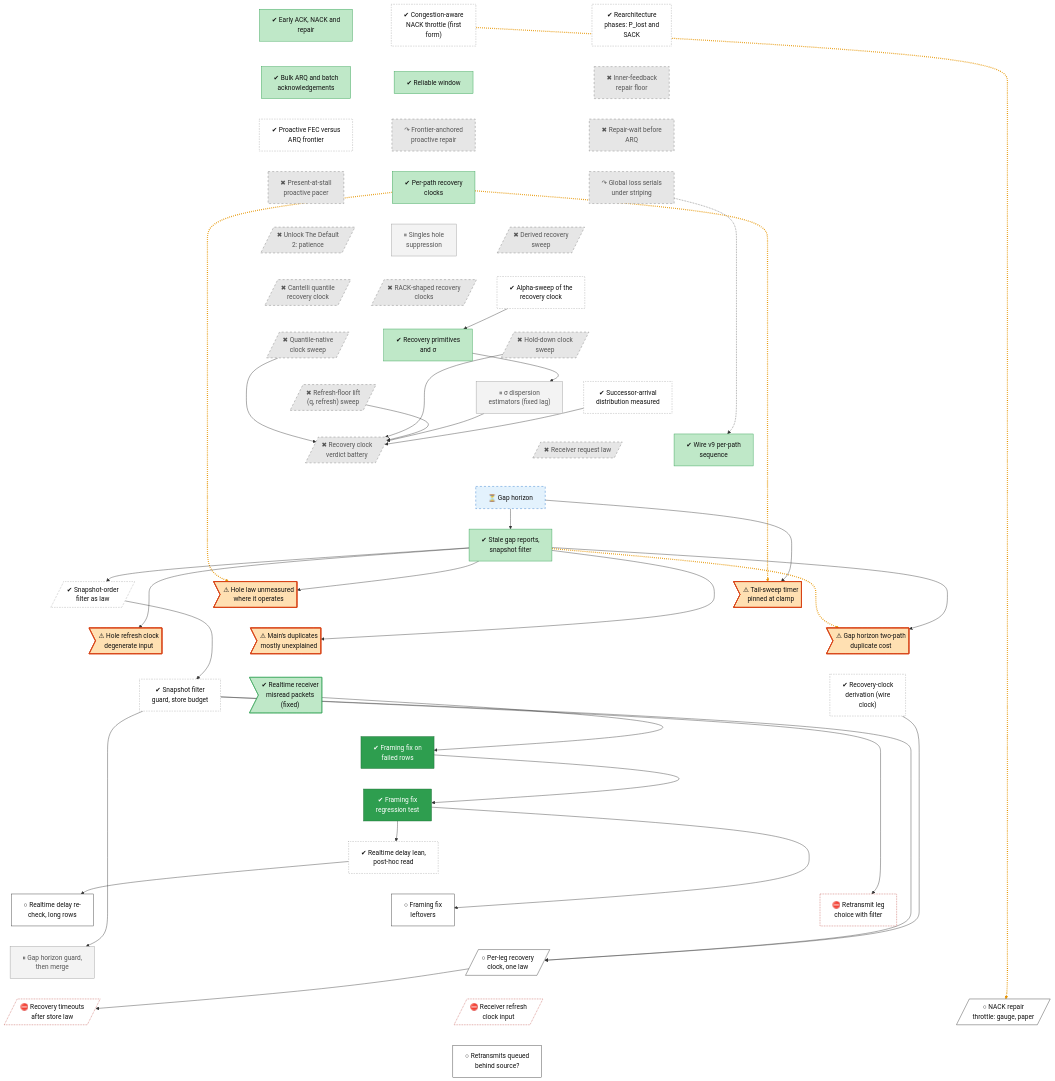
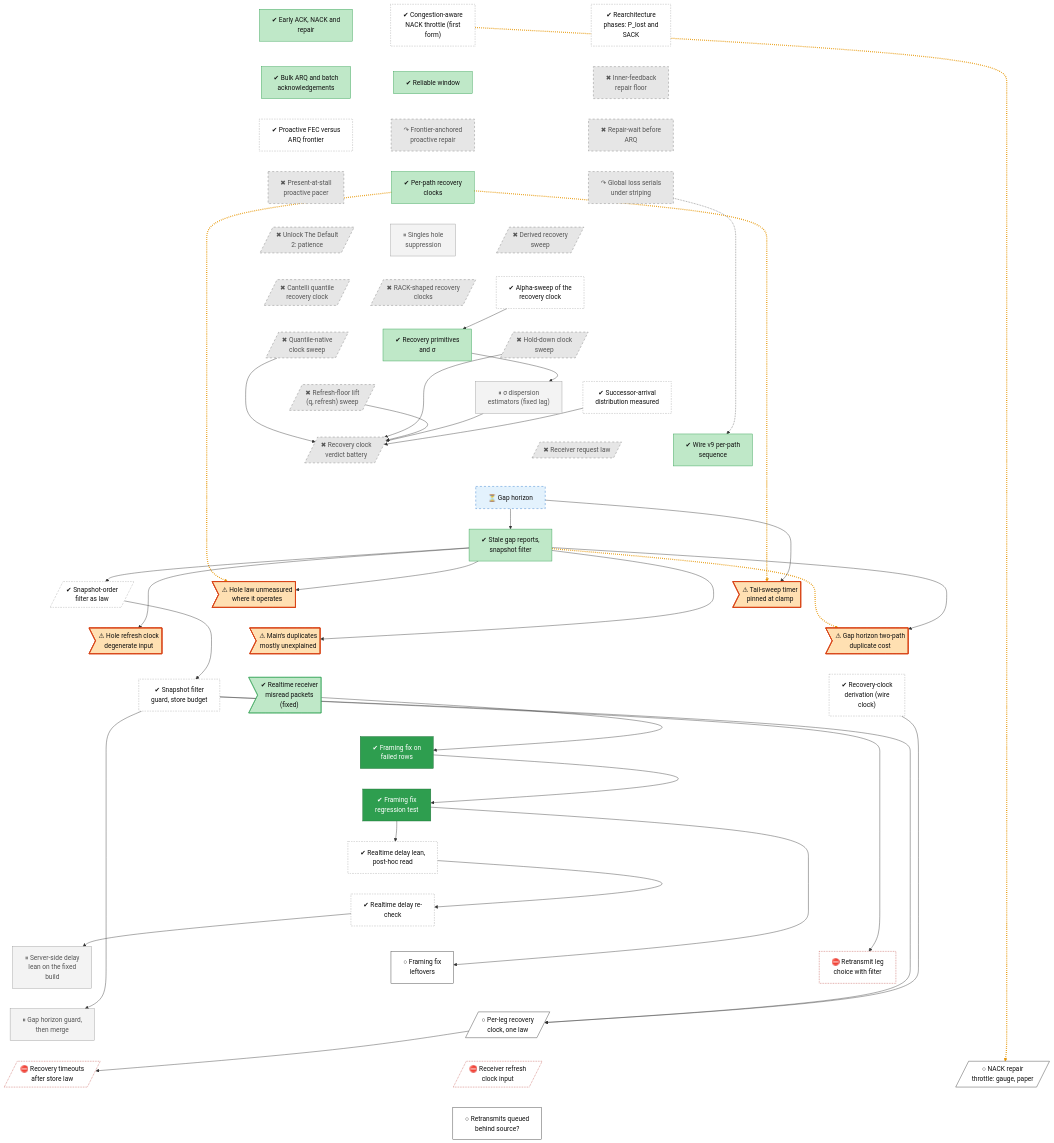
One commit to lhns/raptorpath changed the diagram in docs/roadmap/tracks/rec.md. Above: the diagram before and after it, drawn with Mermaid. The commit also changed other lines of this file and 8 other files, not shown here.

First line of the commit message:
status §65 Result: NOT-REPLICATED (n 23, p 0.214, HL +8.4 %, U +27.3 %); ledger docs/l1-raw/s65; roadmap: re-check done, server-lag lean parked

````diff
--- a/docs/roadmap/tracks/rec.md
+++ b/docs/roadmap/tracks/rec.md
@@ -50,7 +50,8 @@
     rec_s63_f2_first_contact["✔ Framing fix on<br/>failed rows"]
     rec_f2_merge_guard["✔ Framing fix<br/>regression test"]
     rec_s64_delay_lean["✔ Realtime delay lean,<br/>post-hoc read"]
-    rec_realtime_delay_recheck["○ Realtime delay re-<br/>check, long rows"]
+    rec_realtime_delay_recheck["✔ Realtime delay re-<br/>check"]
+    rec_realtime_srv_lag_lean["⏸ Server-side delay<br/>lean on the fixed<br/>build"]
     rec_framing_followups["○ Framing fix<br/>leftovers"]
     rec_w0_leg_question["⛔ Retransmit leg<br/>choice with filter"]
     rec_leverb_guard["⏸ Gap horizon guard,<br/>then merge"]
@@ -102,9 +103,10 @@
     rec_s63_f2_first_contact ~~~ rec_f2_merge_guard
     rec_f2_merge_guard ~~~ rec_s64_delay_lean
     rec_s64_delay_lean ~~~ rec_realtime_delay_recheck
-    rec_s64_delay_lean ~~~ rec_framing_followups
-    rec_s64_delay_lean ~~~ rec_w0_leg_question
-    rec_realtime_delay_recheck ~~~ rec_leverb_guard
+    rec_realtime_delay_recheck ~~~ rec_realtime_srv_lag_lean
+    rec_realtime_delay_recheck ~~~ rec_framing_followups
+    rec_realtime_delay_recheck ~~~ rec_w0_leg_question
+    rec_realtime_srv_lag_lean ~~~ rec_leverb_guard
     rec_framing_followups ~~~ rec_fix_perleg_clock_n1
     rec_w0_leg_question ~~~ rec_fix_perleg_clock_n1
     rec_leverb_guard ~~~ rec_recovery_timeouts
@@ -137,13 +139,14 @@
     rec_s63_f2_first_contact --> rec_f2_merge_guard
     rec_f2_merge_guard --> rec_s64_delay_lean
     rec_s64_delay_lean --> rec_realtime_delay_recheck
+    rec_realtime_delay_recheck --> rec_realtime_srv_lag_lean
     rec_f2_merge_guard --> rec_framing_followups
     rec_s54_session --> rec_w0_leg_question
     rec_s54_session --> rec_leverb_guard
     rec_s54_session --> rec_fix_perleg_clock_n1
     rec_wire_clock_derivation --> rec_fix_perleg_clock_n1
     rec_fix_perleg_clock_n1 --> rec_recovery_timeouts
-    linkStyle 54,55,56,66 stroke:#e69500,stroke-width:3px,stroke-dasharray:2 3
+    linkStyle 55,56,57,67 stroke:#e69500,stroke-width:3px,stroke-dasharray:2 3
     classDef vsucc fill:#2e9e4f,stroke:#1b6b34,color:#fff
     classDef succ fill:#bfe8c8,stroke:#2e9e4f,color:#111
     classDef mixed fill:#ffd37a,stroke:#c98a00,color:#111
@@ -158,12 +161,12 @@
     classDef defect fill:#ffe0b2,stroke:#d84315,stroke-width:2px,color:#111
     classDef waiting fill:#e3f2fd,stroke:#1f6fc5,stroke-dasharray:5 5,color:#111
     class rec_early_arq,rec_bulk_arq,rec_reliable_window,rec_per_path_clocks,rec_goal100,rec_wire_v9,rec_snapver_filter,rec_defect_realtime_framing succ
-    class rec_nack_congestion,rec_plost_sack,rec_fec_vs_arq,rec_alpha_sweep,rec_successor_arrival,rec_snapver_law,rec_s54_session,rec_wire_clock_derivation,rec_s64_delay_lean unrated
+    class rec_nack_congestion,rec_plost_sack,rec_fec_vs_arq,rec_alpha_sweep,rec_successor_arrival,rec_snapver_law,rec_s54_session,rec_wire_clock_derivation,rec_s64_delay_lean,rec_realtime_delay_recheck unrated
     class rec_p10a_repair_floor,rec_inline_repair,rec_proactive_repair,rec_present_at_stall,rec_mp_serial,rec_patience_derived,rec_clock_candidates,rec_rack_clocks,rec_cantelli_clock,rec_qnative_clock,rec_holddown_clock,rec_refresh_floor,rec_goal101,rec_receiver_law dead
-    class rec_recov_sp,rec_dispersion_est,rec_leverb_guard parked
+    class rec_recov_sp,rec_dispersion_est,rec_realtime_srv_lag_lean,rec_leverb_guard parked
     class rec_gap_horizon waiting
     class rec_defect_qclk_clamp,rec_defect_hole_law,rec_defect_refresh_input,rec_leverb_c1d_cost,rec_defect_base_duplicates defect
     class rec_s63_f2_first_contact,rec_f2_merge_guard vsucc
-    class rec_realtime_delay_recheck,rec_framing_followups,rec_fix_perleg_clock_n1,rec_fix_nack_throttle,rec_retx_behind_source next
+    class rec_framing_followups,rec_fix_perleg_clock_n1,rec_fix_nack_throttle,rec_retx_behind_source next
     class rec_w0_leg_question,rec_recovery_timeouts,rec_fix_refresh_clock blocked
 ```
````
